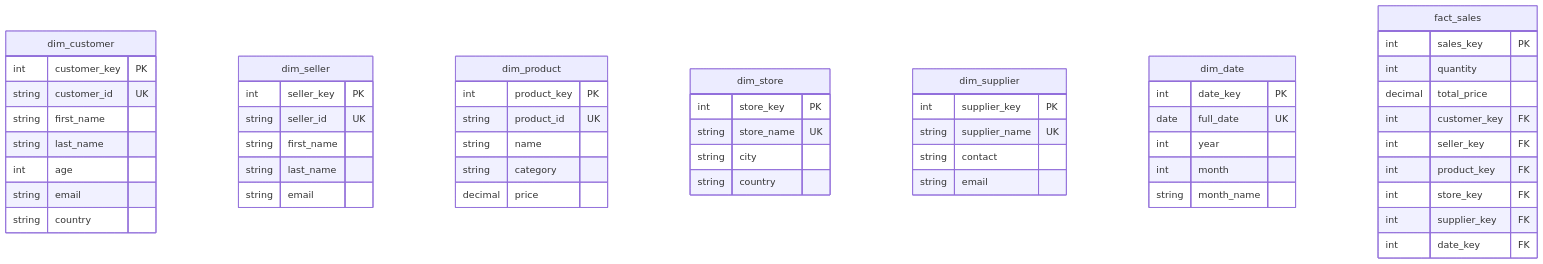
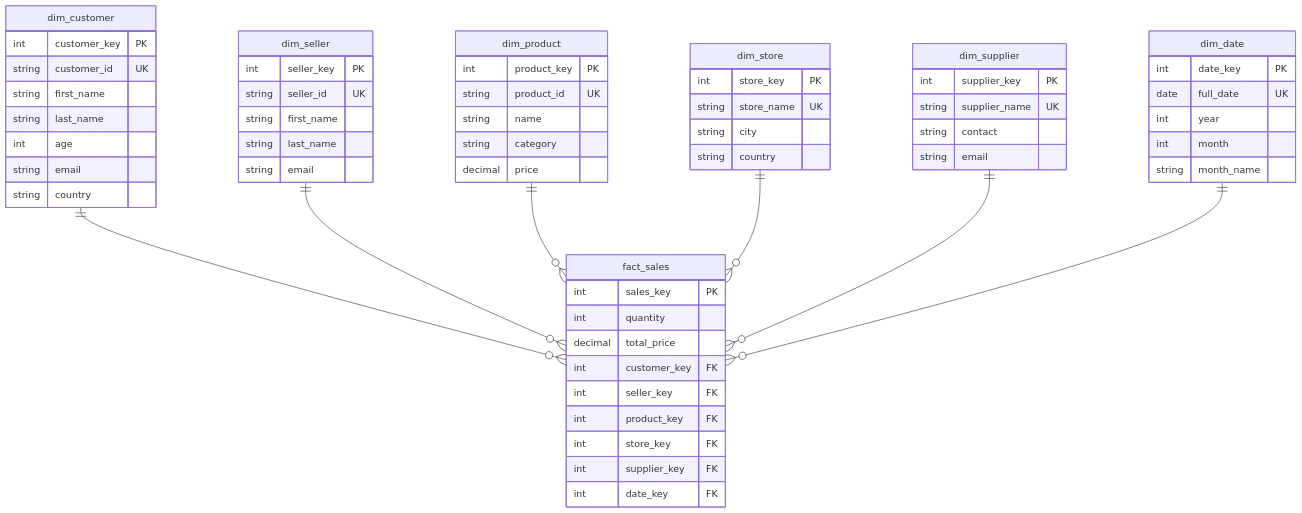
The diagram in lab1/BDSnowflake/README.md (ivvenger/labs_BD), drawn with Mermaid before and after one commit.

Commit message:
Report fixed

````diff
--- a/lab1/BDSnowflake/README.md
+++ b/lab1/BDSnowflake/README.md
@@ -31,62 +31,69 @@
 ```mermaid
 erDiagram
+    dim_customer ||--o{ fact_sales : ""
+    dim_seller ||--o{ fact_sales : ""
+    dim_product ||--o{ fact_sales : ""
+    dim_store ||--o{ fact_sales : ""
+    dim_supplier ||--o{ fact_sales : ""
+    dim_date ||--o{ fact_sales : ""
+
     dim_customer {
         int customer_key PK
         string customer_id UK
         string first_name
         string last_name
         int age
         string email
         string country
     }
 
     dim_seller {
         int seller_key PK
         string seller_id UK
         string first_name
         string last_name
         string email
     }
 
     dim_product {
         int product_key PK
         string product_id UK
         string name
         string category
         decimal price
     }
 
     dim_store {
         int store_key PK
         string store_name UK
         string city
         string country
     }
 
     dim_supplier {
         int supplier_key PK
         string supplier_name UK
         string contact
         string email
     }
 
     dim_date {
         int date_key PK
         date full_date UK
         int year
         int month
         string month_name
     }
 
     fact_sales {
         int sales_key PK
         int quantity
         decimal total_price
         int customer_key FK
         int seller_key FK
         int product_key FK
         int store_key FK
         int supplier_key FK
         int date_key FK
     }
 ```
````
